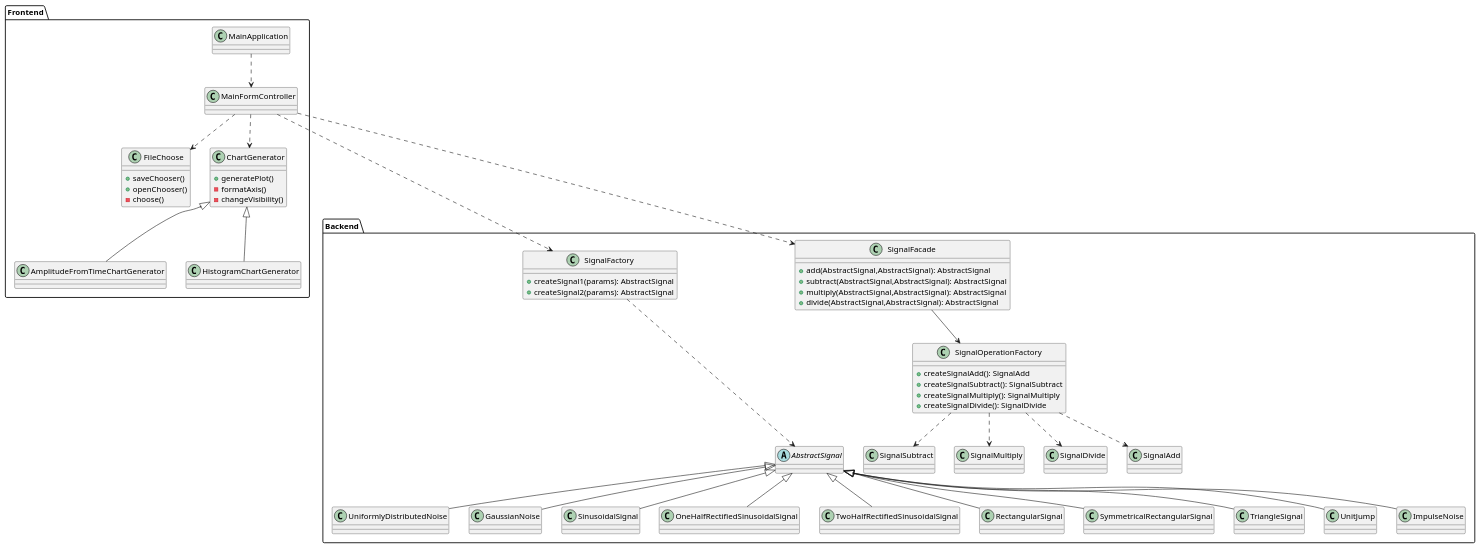
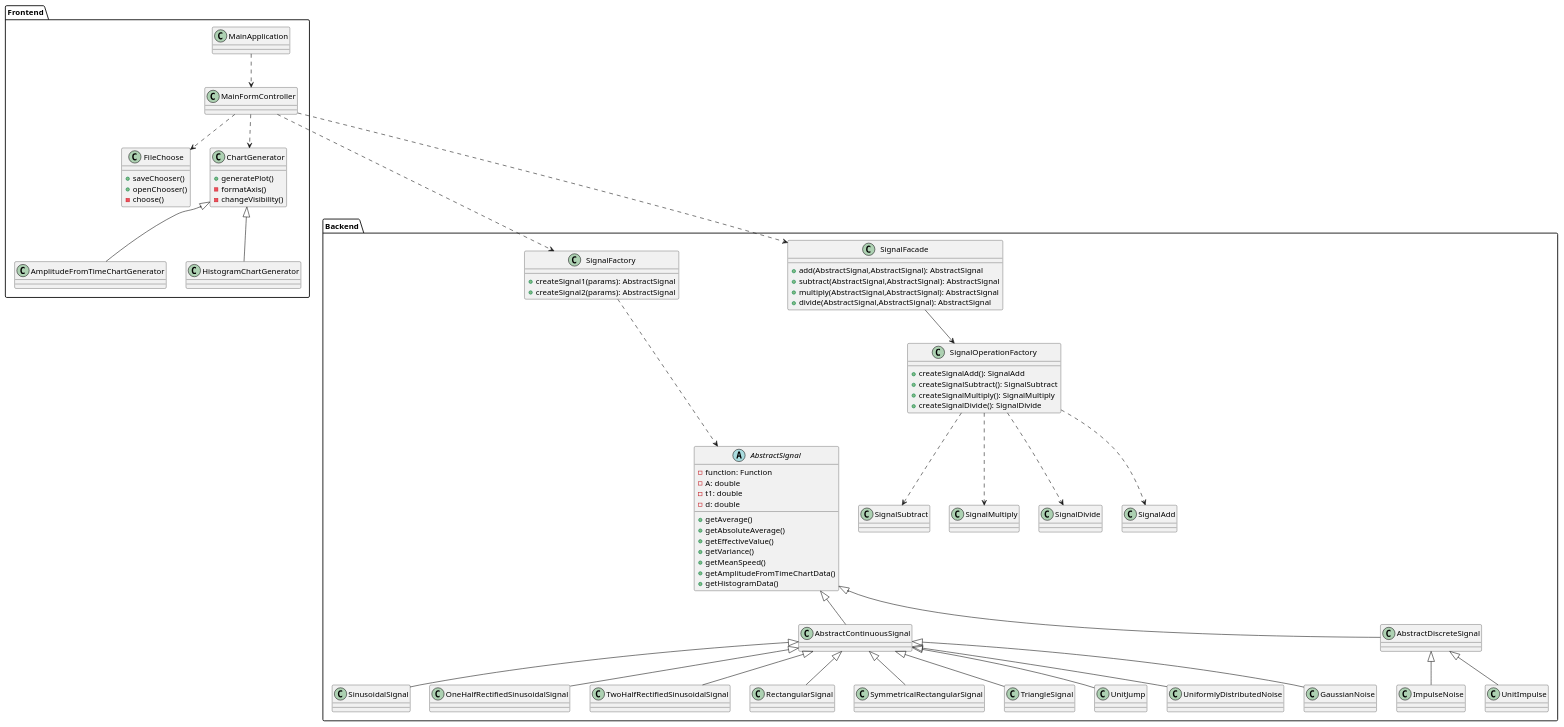
One commit to RadekBucki/DigitalSignalProcessing changed the diagram in README.md. Above: the diagram before and after it, drawn with PlantUML.

Commit message:
Add AbstractContinuousSignal, AbstractDiscreteSignal and AbstractSignal methods and params

```diff
--- a/README.md
+++ b/README.md
@@ -11,7 +11,27 @@
     SignalFactory ...> AbstractSignal
     
     abstract class AbstractSignal {
+        - function: Function
+        - A: double
+        - t1: double
+        - d: double
+        + getAverage()
+        + getAbsoluteAverage()
+        + getEffectiveValue()
+        + getVariance()
+        + getMeanSpeed()
+        + getAmplitudeFromTimeChartData()
+        + getHistogramData()
     }
+    
+    class AbstractContinuousSignal {
+    }
+    class AbstractDiscreteSignal {
+    }
+    
+    AbstractSignal <|-- AbstractContinuousSignal
+    AbstractSignal <|-- AbstractDiscreteSignal
+    
     class UniformlyDistributedNoise
     class GaussianNoise
     class SinusoidalSignal
@@ -21,18 +41,21 @@
     class SymmetricalRectangularSignal
     class TriangleSignal
     class UnitJump
+    class UnitImpulse
     class ImpulseNoise
     
-    AbstractSignal <|-- UniformlyDistributedNoise
-    AbstractSignal <|-- GaussianNoise
-    AbstractSignal <|-- SinusoidalSignal
-    AbstractSignal <|-- OneHalfRectifiedSinusoidalSignal
-    AbstractSignal <|-- TwoHalfRectifiedSinusoidalSignal
-    AbstractSignal <|-- RectangularSignal
-    AbstractSignal <|-- SymmetricalRectangularSignal
-    AbstractSignal <|-- TriangleSignal
-    AbstractSignal <|-- UnitJump
-    AbstractSignal <|-- ImpulseNoise
+    AbstractContinuousSignal <|-- UniformlyDistributedNoise
+    AbstractContinuousSignal <|-- GaussianNoise
+    AbstractContinuousSignal <|-- SinusoidalSignal
+    AbstractContinuousSignal <|-- OneHalfRectifiedSinusoidalSignal
+    AbstractContinuousSignal <|-- TwoHalfRectifiedSinusoidalSignal
+    AbstractContinuousSignal <|-- RectangularSignal
+    AbstractContinuousSignal <|-- SymmetricalRectangularSignal
+    AbstractContinuousSignal <|-- TriangleSignal
+    AbstractContinuousSignal <|-- UnitJump
+    
+    AbstractDiscreteSignal <|-- UnitImpulse
+    AbstractDiscreteSignal <|-- ImpulseNoise
     
     class SignalFacade {
         + add(AbstractSignal,AbstractSignal): AbstractSignal
```
